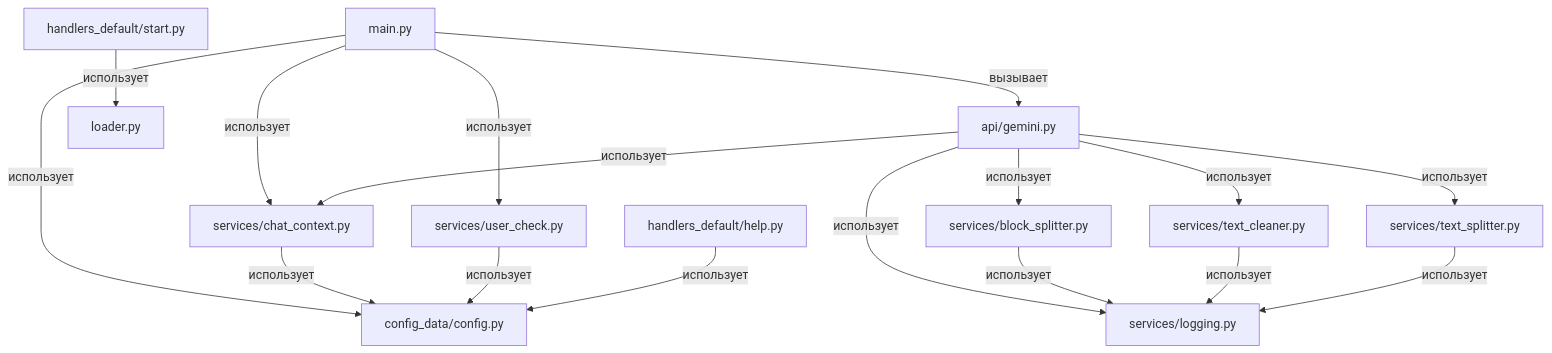
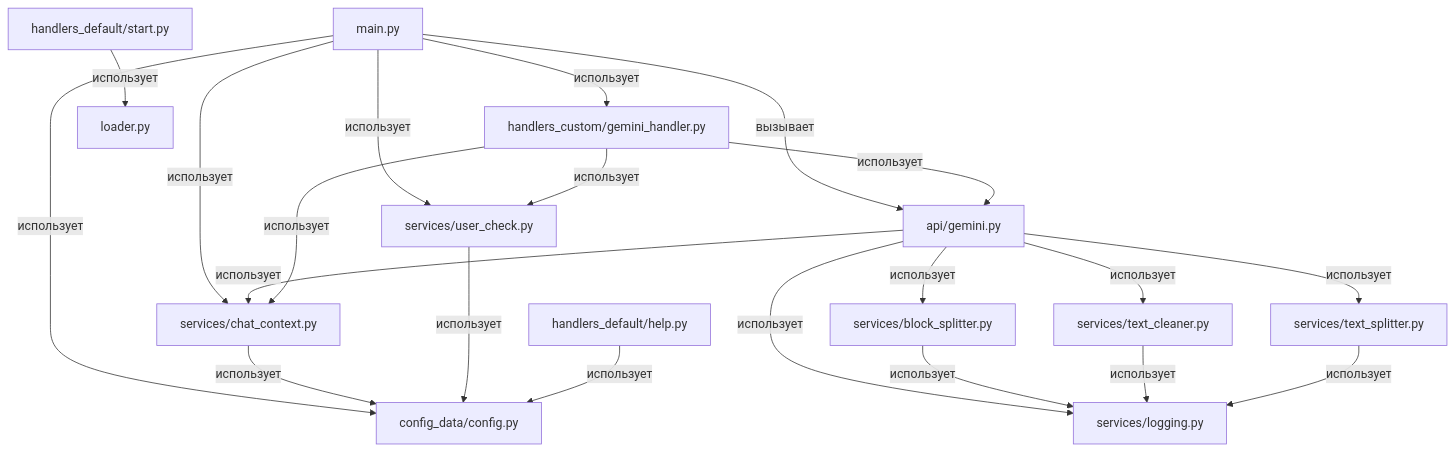
One commit to alivalutor/chatai changed the diagram in MODULES_OVERVIEW.md. Above: the diagram before and after it, drawn with Mermaid. The commit also changed other lines of this file and 17 other files, not shown here.

````diff
--- a/MODULES_OVERVIEW.md
+++ b/MODULES_OVERVIEW.md
@@ -95,19 +101,23 @@
 ```mermaid
 graph TD;
-    main.py -->|вызывает| api/gemini.py
-    main.py -->|использует| config_data/config.py
-    main.py -->|использует| services/chat_context.py
-    main.py -->|использует| services/user_check.py
-    api/gemini.py -->|использует| services/chat_context.py
-    api/gemini.py -->|использует| services/logging.py
-    api/gemini.py -->|использует| services/text_cleaner.py
-    api/gemini.py -->|использует| services/text_splitter.py
-    api/gemini.py -->|использует| services/block_splitter.py
-    services/block_splitter.py -->|использует| services/logging.py
-    services/text_cleaner.py -->|использует| services/logging.py
-    services/text_splitter.py -->|использует| services/logging.py
-    services/chat_context.py -->|использует| config_data/config.py
-    services/user_check.py -->|использует| config_data/config.py
-    handlers_default/start.py -->|использует| loader.py
-    handlers_default/help.py -->|использует| config_data/config.py
+  main.py -->|вызывает| api/gemini.py
+  main.py -->|использует| config_data/config.py
+  main.py -->|использует| services/chat_context.py
+  main.py -->|использует| services/user_check.py
+  main.py -->|использует| handlers_custom/gemini_handler.py
+  api/gemini.py -->|использует| services/chat_context.py
+  api/gemini.py -->|использует| services/logging.py
+  api/gemini.py -->|использует| services/text_cleaner.py
+  api/gemini.py -->|использует| services/text_splitter.py
+  api/gemini.py -->|использует| services/block_splitter.py
+  services/block_splitter.py -->|использует| services/logging.py
+  services/text_cleaner.py -->|использует| services/logging.py
+  services/text_splitter.py -->|использует| services/logging.py
+  services/chat_context.py -->|использует| config_data/config.py
+  services/user_check.py -->|использует| config_data/config.py
+  handlers_default/start.py -->|использует| loader.py
+  handlers_default/help.py -->|использует| config_data/config.py
+  handlers_custom/gemini_handler.py -->|использует| api/gemini.py
+  handlers_custom/gemini_handler.py -->|использует| services/chat_context.py
+  handlers_custom/gemini_handler.py -->|использует| services/user_check.py
 ```
````
